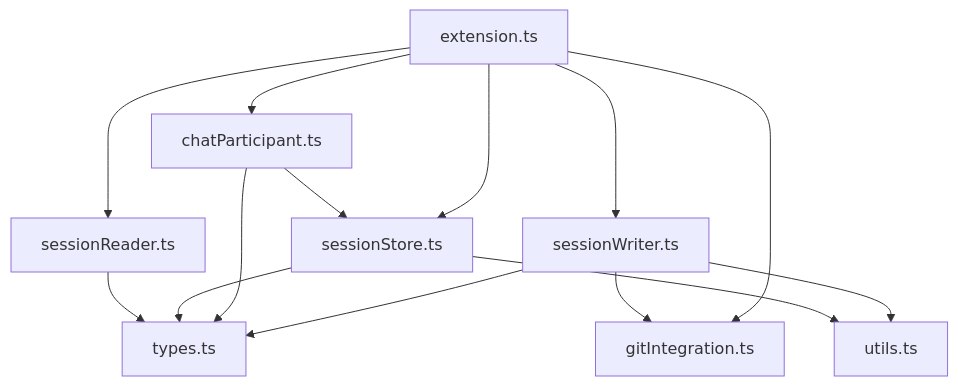
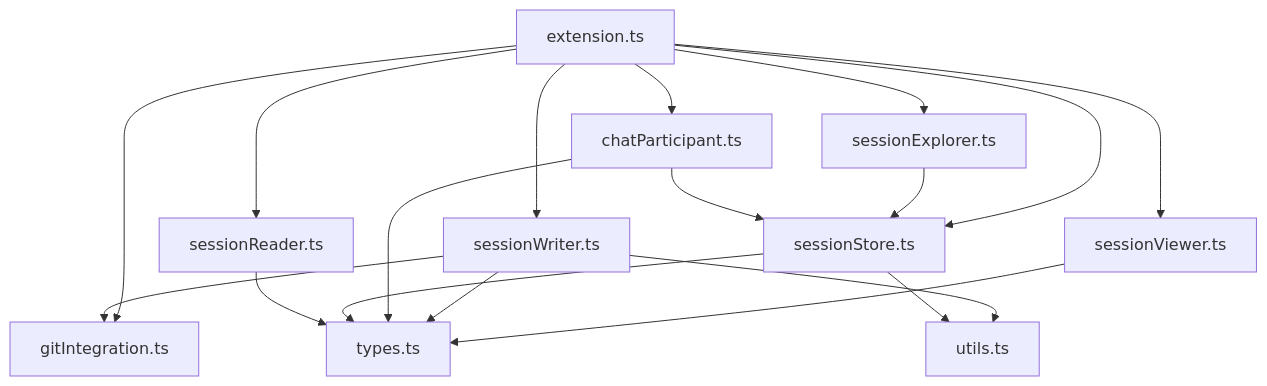
The diagram in wiki/file-manifest.md (Tempuskg/session-control), drawn with Mermaid before and after one commit. The commit also changed other lines of this file and 10 other files, not shown here.

First line of the commit message:
feat: add session viewer command and editor title preview action

````diff
--- a/wiki/file-manifest.md
+++ b/wiki/file-manifest.md
@@ -51,20 +54,25 @@
 ```mermaid
 graph TD
     ext["extension.ts"] --> reader["sessionReader.ts"]
     ext --> writer["sessionWriter.ts"]
     ext --> cp["chatParticipant.ts"]
     ext --> git["gitIntegration.ts"]
+    ext --> viewer["sessionViewer.ts"]
+    ext --> explorer["sessionExplorer.ts"]
     ext --> store["sessionStore.ts"]
+
+    viewer --> types
+    explorer --> store
 
     writer --> types["types.ts"]
     writer --> git
     writer --> utils["utils.ts"]
 
     cp --> store
     cp --> types
 
     store --> types
     store --> utils
 
     reader --> types
 ```
````
